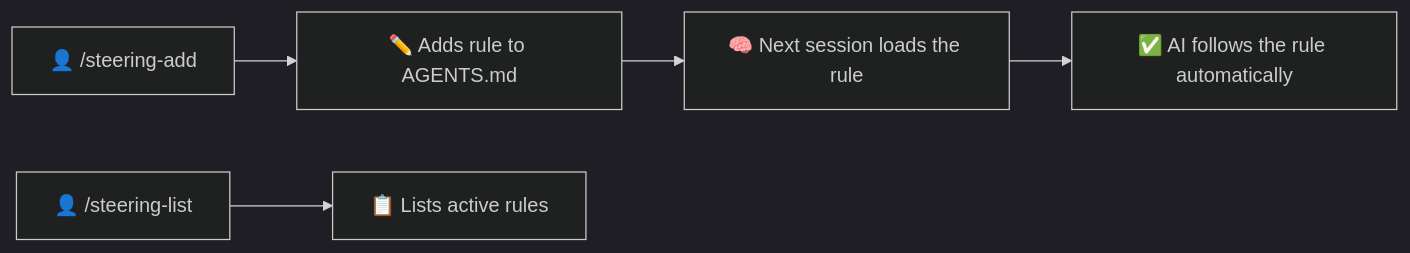
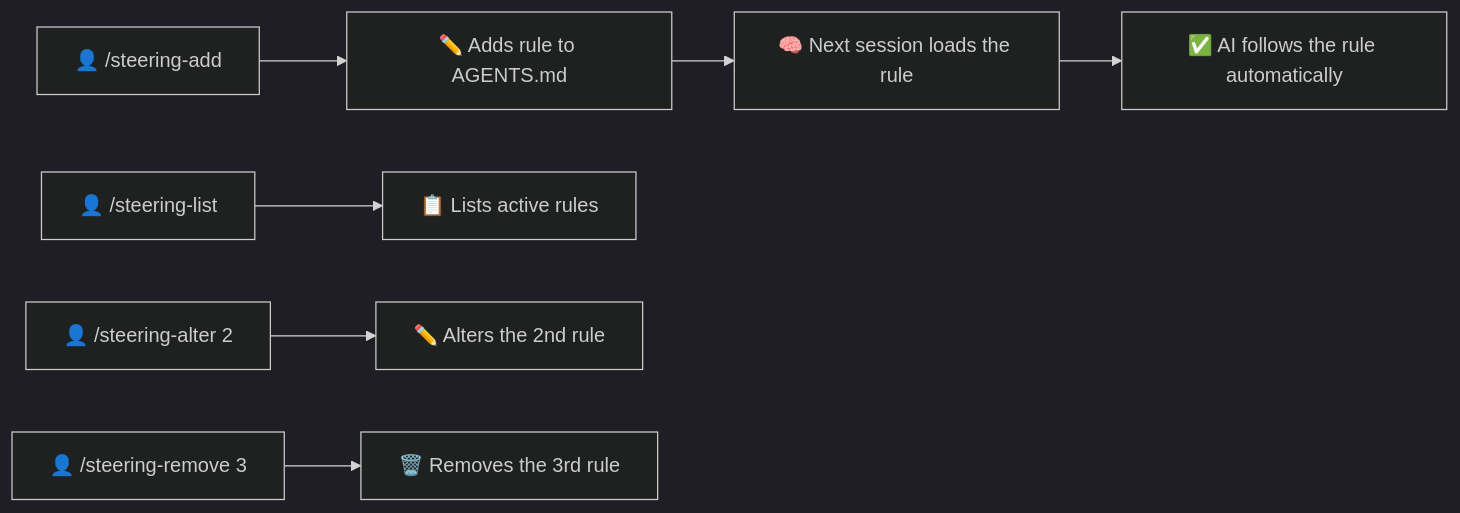
The second of 3 diagrams in docs/i18n/README.en.md (andrelncampos/dscode-public), drawn with Mermaid (dark theme) before and after one commit. The commit also changed other lines of this file and 26 other files, not shown here.

````diff
--- a/docs/i18n/README.en.md
+++ b/docs/i18n/README.en.md
@@ -365,7 +367,9 @@
 ```mermaid
 flowchart LR
     U[👤 /steering-add] --> A[✏️ Adds rule to AGENTS.md]
     A --> S[🧠 Next session loads the rule]
     S --> B[✅ AI follows the rule automatically]
     U2[👤 /steering-list] --> V[📋 Lists active rules]
+    U3[👤 /steering-alter 2] --> W[✏️ Alters the 2nd rule]
+    U4[👤 /steering-remove 3] --> X[🗑️ Removes the 3rd rule]
 ```
````
